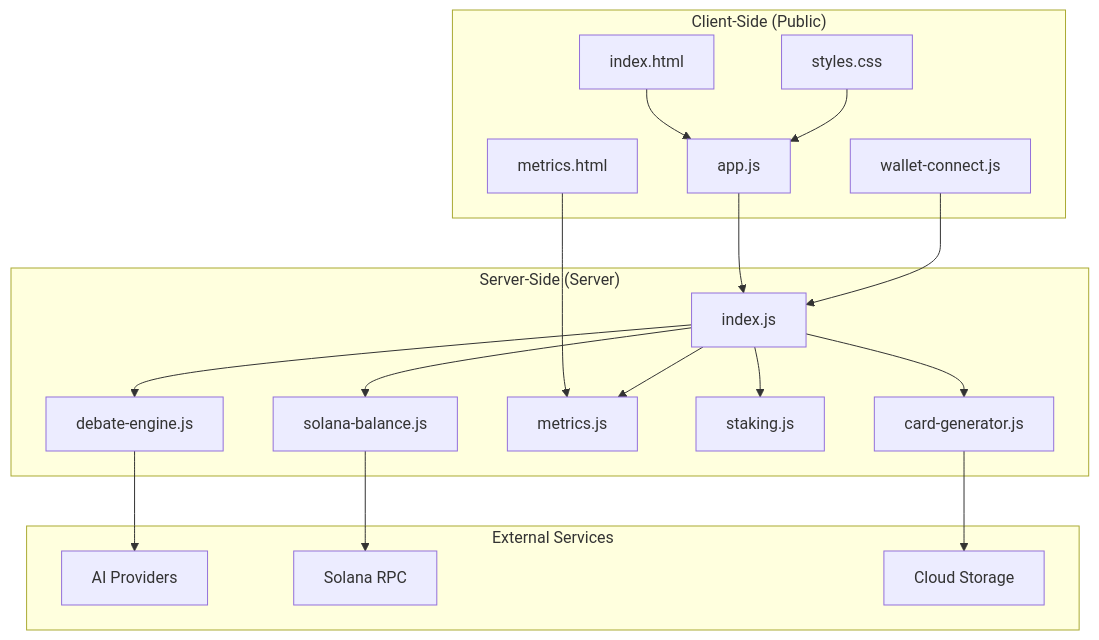
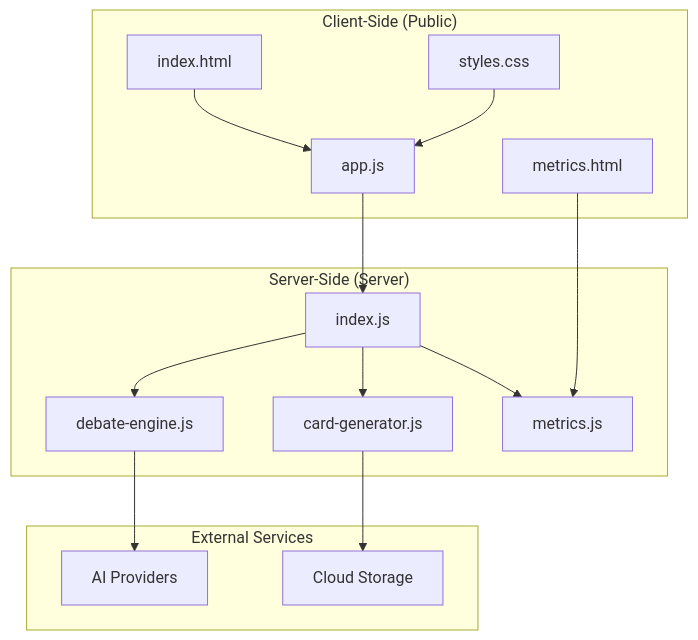
Before and after one commit to RunTimeAdmin/tri-ai: the first of 6 diagrams in .qoder/repowiki/en/content/Frontend Application/Frontend Application.md, drawn with Mermaid. The commit also changed other lines of this file and 46 other files, not shown here.

````diff
--- a/.qoder/repowiki/en/content/Frontend Application/Frontend Application.md
+++ b/.qoder/repowiki/en/content/Frontend Application/Frontend Application.md
@@ -40,36 +47,28 @@
 ```mermaid
 graph TB
 subgraph "Client-Side (Public)"
 A[index.html]
 B[styles.css]
 C[app.js]
-D[wallet-connect.js]
 E[metrics.html]
 end
 subgraph "Server-Side (Server)"
 F[index.js]
 G[debate-engine.js]
 H[card-generator.js]
 I[metrics.js]
-J[staking.js]
-K[solana-balance.js]
 end
 subgraph "External Services"
 L[AI Providers]
-M[Solana RPC]
 N[Cloud Storage]
 end
 A --> C
 B --> C
 C --> F
-D --> F
 E --> I
 F --> G
 F --> H
 F --> I
-F --> J
-F --> K
 G --> L
-K --> M
 H --> N
 ```
````
